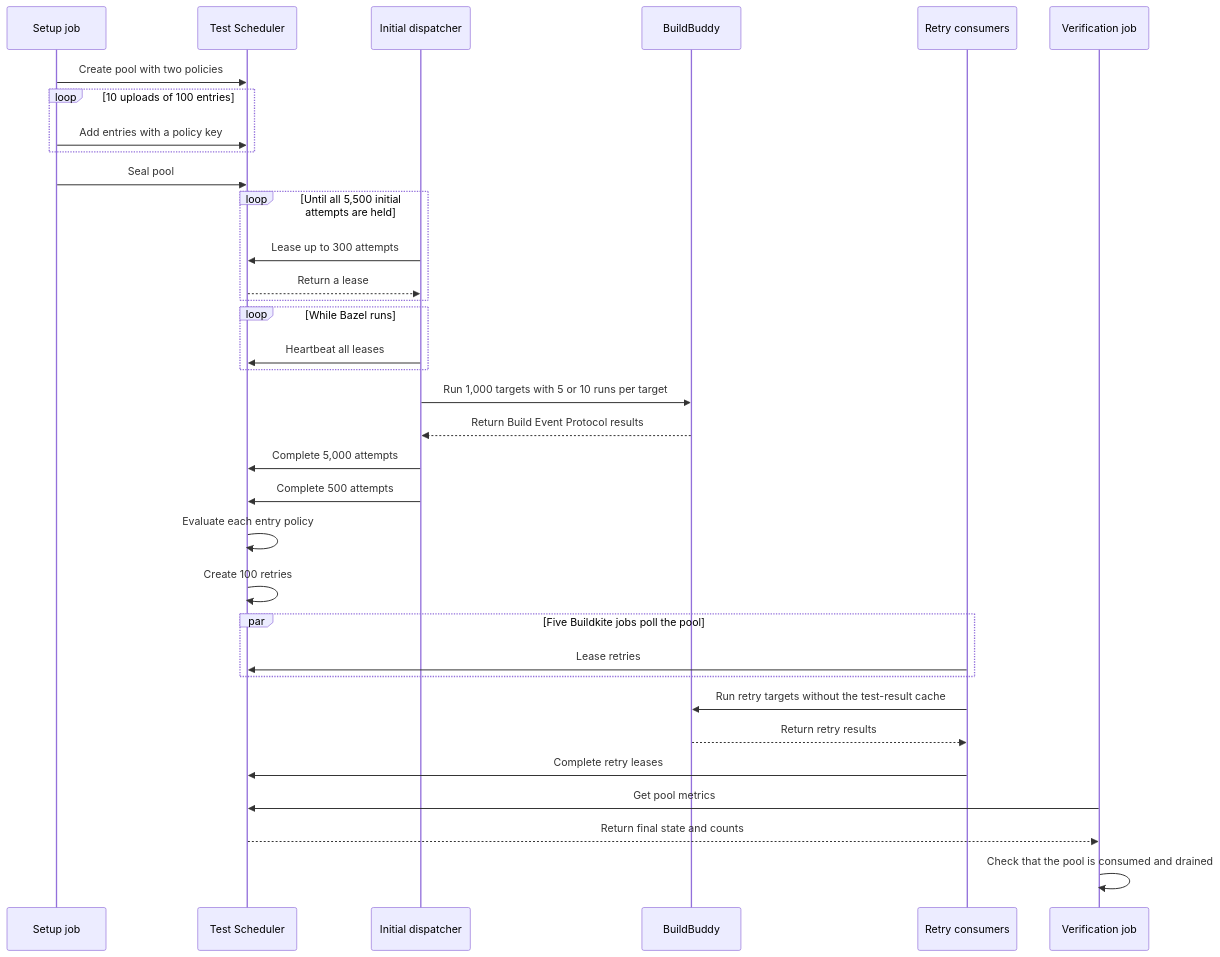
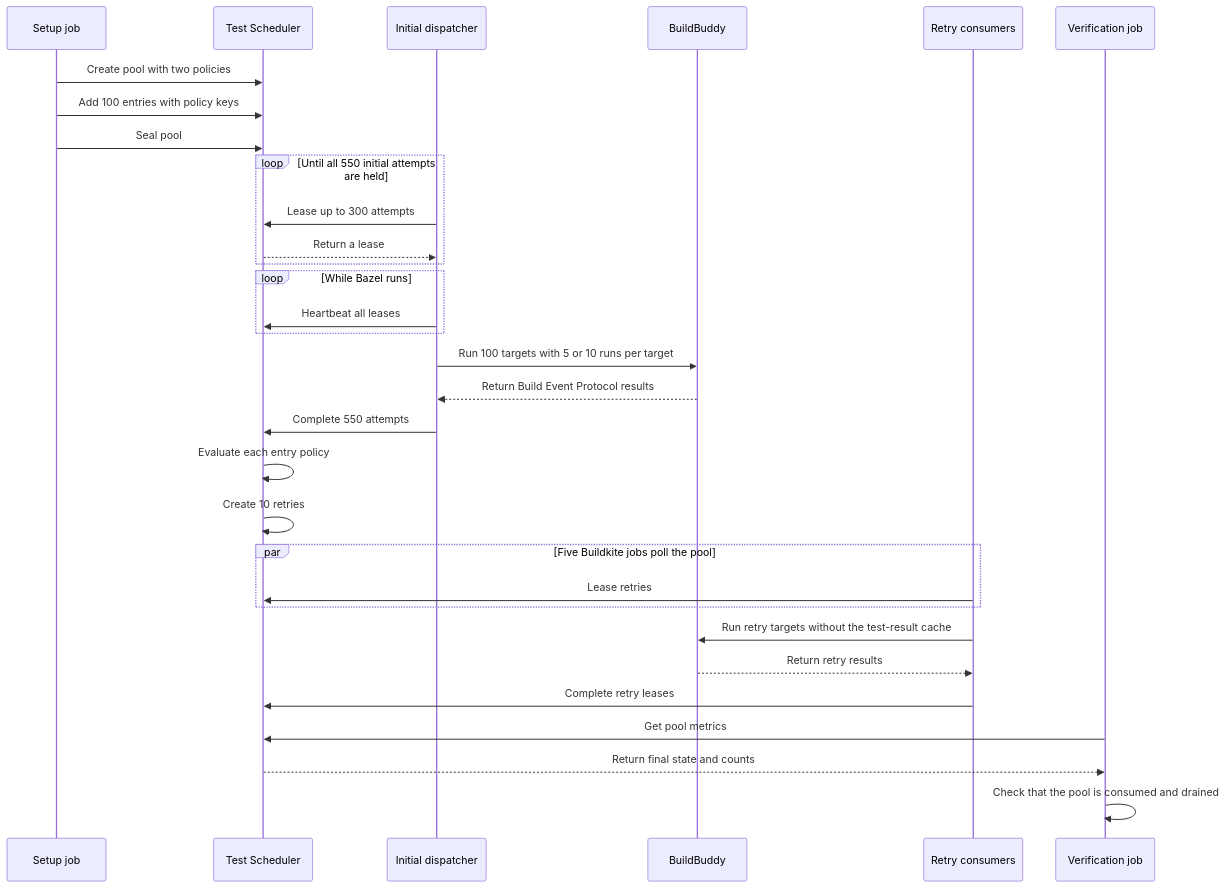
The second of 2 diagrams in README.md (catkins/test-scheduler-bazel-demo), drawn with Mermaid before and after one commit. The commit also changed other lines of this file and 6 other files, not shown here.

````diff
--- a/README.md
+++ b/README.md
@@ -84,41 +84,38 @@
 ```mermaid
 sequenceDiagram
     participant S as Setup job
     participant TS as Test Scheduler
     participant D as Initial dispatcher
     participant BB as BuildBuddy
     participant R as Retry consumers
     participant V as Verification job
 
     S->>TS: Create pool with two policies
-    loop 10 uploads of 100 entries
-        S->>TS: Add entries with a policy key
-    end
+    S->>TS: Add 100 entries with policy keys
     S->>TS: Seal pool
 
-    loop Until all 5,500 initial attempts are held
+    loop Until all 550 initial attempts are held
         D->>TS: Lease up to 300 attempts
         TS-->>D: Return a lease
     end
     loop While Bazel runs
         D->>TS: Heartbeat all leases
     end
-    D->>BB: Run 1,000 targets with 5 or 10 runs per target
+    D->>BB: Run 100 targets with 5 or 10 runs per target
     BB-->>D: Return Build Event Protocol results
-    D->>TS: Complete 5,000 attempts
-    D->>TS: Complete 500 attempts
+    D->>TS: Complete 550 attempts
 
     TS->>TS: Evaluate each entry policy
-    TS->>TS: Create 100 retries
+    TS->>TS: Create 10 retries
 
     par Five Buildkite jobs poll the pool
         R->>TS: Lease retries
     end
     R->>BB: Run retry targets without the test-result cache
     BB-->>R: Return retry results
     R->>TS: Complete retry leases
 
     V->>TS: Get pool metrics
     TS-->>V: Return final state and counts
     V->>V: Check that the pool is consumed and drained
 ```
````
